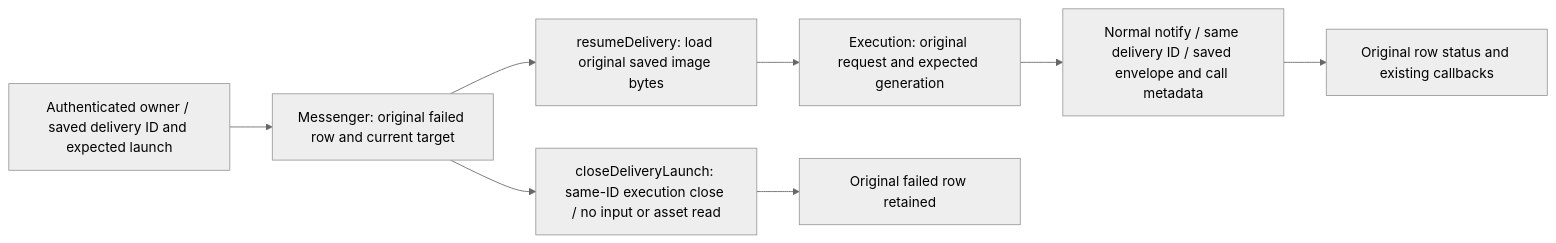
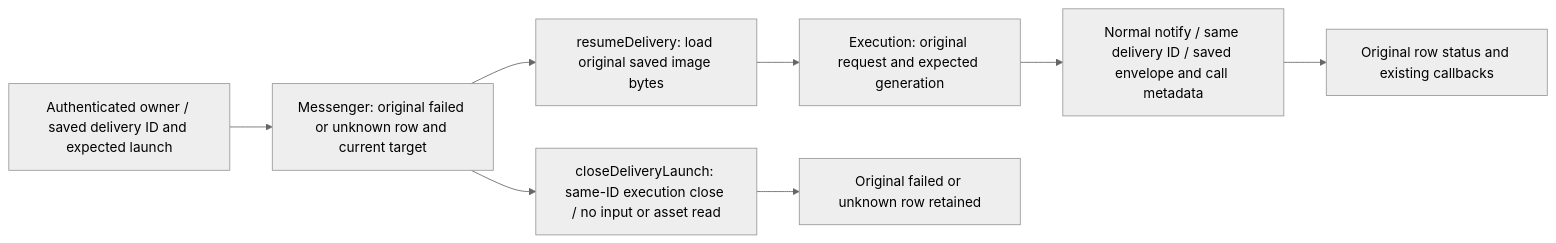
The sixth of 6 diagrams in docs/architecture/modules/conversation/delivery.md (kitepon/BellTeam), drawn with Mermaid (neutral theme) before and after one commit. The commit also changed other lines of this file and 4 other files, not shown here.

````diff
--- a/docs/architecture/modules/conversation/delivery.md
+++ b/docs/architecture/modules/conversation/delivery.md
@@ -134,10 +134,10 @@
 ```mermaid
 flowchart LR
-  Owner[Authenticated owner / saved delivery ID and expected launch] --> Row[Messenger: original failed row and current target]
+  Owner[Authenticated owner / saved delivery ID and expected launch] --> Row[Messenger: original failed or unknown row and current target]
   Row --> Close[closeDeliveryLaunch: same-ID execution close / no input or asset read]
   Row --> Assets[resumeDelivery: load original saved image bytes]
   Assets --> Reconcile[Execution: original request and expected generation]
   Reconcile --> Notify[Normal notify / same delivery ID / saved envelope and call metadata]
   Notify --> Status[Original row status and existing callbacks]
-  Close --> Original[Original failed row retained]
+  Close --> Original[Original failed or unknown row retained]
 ```
````
